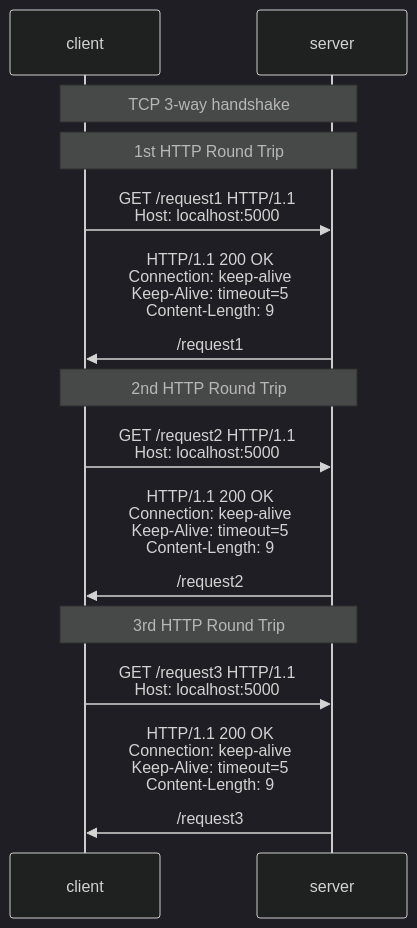
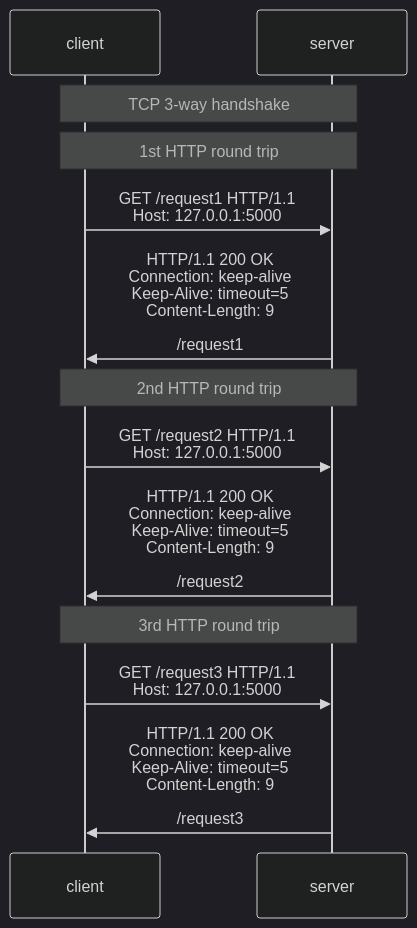
One commit to samuel871211/yusheng-tech-blog changed the first of 4 diagrams in docs/http/response-misbinding.md. Above: the diagram before and after it, drawn with Mermaid (dark theme). The commit also changed other lines of this file and 3 other files, not shown here.

````diff
--- a/docs/http/response-misbinding.md
+++ b/docs/http/response-misbinding.md
@@ -32,19 +39,19 @@
 ```mermaid
 sequenceDiagram
   participant c as client
   participant s as server
 
   Note Over c,s: TCP 3-way handshake
 
-  Note Over c,s: 1st HTTP Round Trip
-  c ->> s: GET /request1 HTTP/1.1<br/>Host: localhost:5000
+  Note Over c,s: 1st HTTP round trip
+  c ->> s: GET /request1 HTTP/1.1<br/>Host: 127.0.0.1:5000
   s ->> c: HTTP/1.1 200 OK<br/>Connection: keep-alive<br/>Keep-Alive: timeout=5<br/>Content-Length: 9<br/><br/>/request1
 
-  Note Over c,s: 2nd HTTP Round Trip
-  c ->> s: GET /request2 HTTP/1.1<br/>Host: localhost:5000
+  Note Over c,s: 2nd HTTP round trip
+  c ->> s: GET /request2 HTTP/1.1<br/>Host: 127.0.0.1:5000
   s ->> c: HTTP/1.1 200 OK<br/>Connection: keep-alive<br/>Keep-Alive: timeout=5<br/>Content-Length: 9<br/><br/>/request2
 
-  Note Over c,s: 3rd HTTP Round Trip
-  c ->> s: GET /request3 HTTP/1.1<br/>Host: localhost:5000
+  Note Over c,s: 3rd HTTP round trip
+  c ->> s: GET /request3 HTTP/1.1<br/>Host: 127.0.0.1:5000
   s ->> c: HTTP/1.1 200 OK<br/>Connection: keep-alive<br/>Keep-Alive: timeout=5<br/>Content-Length: 9<br/><br/>/request3
 ```
````
